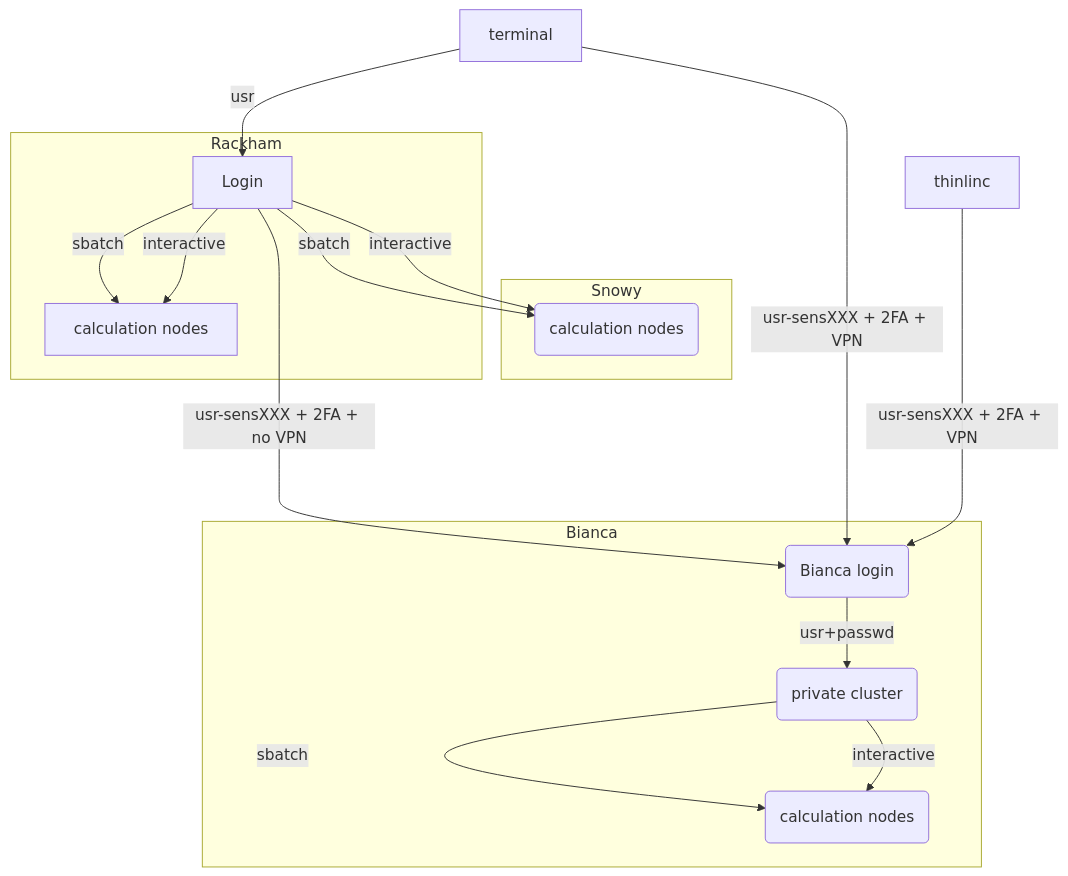
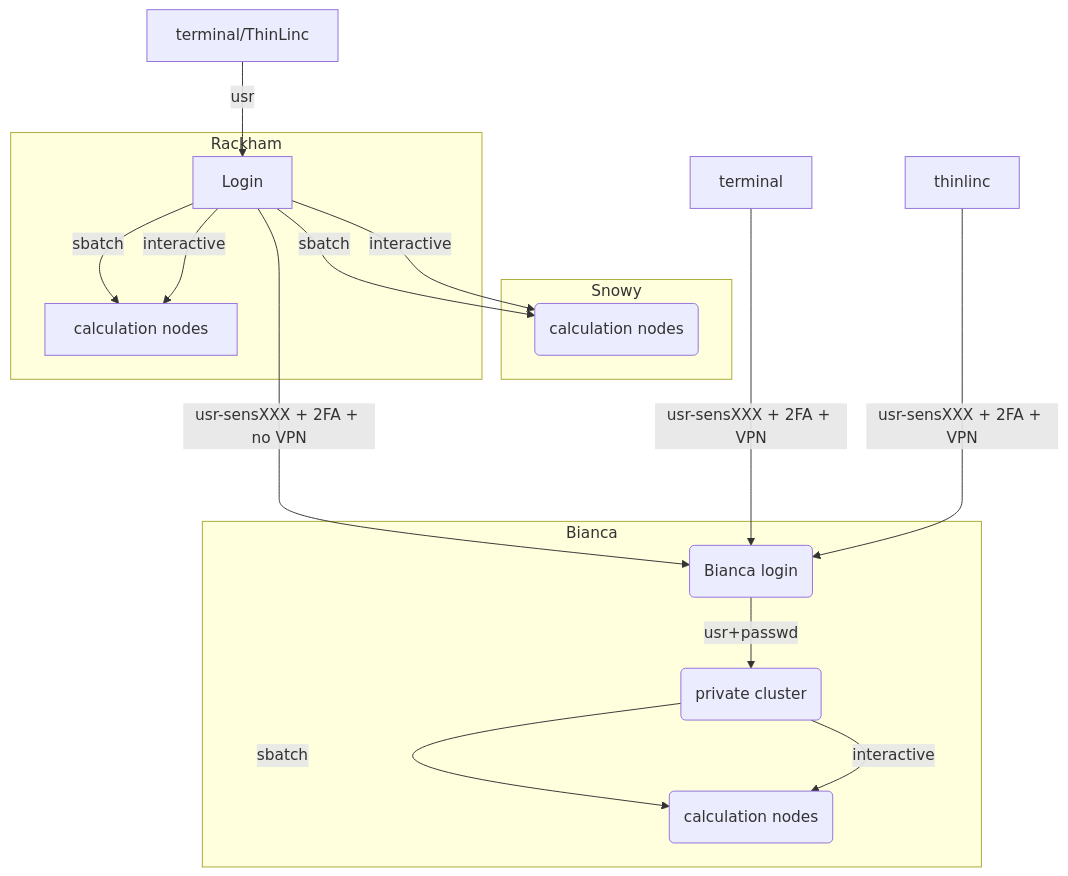
The diagram in docs/mermaid/uppmax2.mmd (UPPMAX/R-python-julia-matlab-HPC), drawn with Mermaid before and after one commit.

```diff
--- a/docs/mermaid/uppmax2.mmd
+++ b/docs/mermaid/uppmax2.mmd
@@ -1,23 +1,23 @@
   graph TB
 
   Node1 -- interactive --> SubGraph2Flow
   Node1 -- sbatch --> SubGraph2Flow
   subgraph "Snowy"
   SubGraph2Flow(calculation nodes) 
         end
 
         thinlinc -- usr-sensXXX + 2FA + VPN ----> SubGraph1Flow
-        terminal -- usr --> Node1
+        terminal/ThinLinc -- usr --> Node1
         terminal -- usr-sensXXX + 2FA + VPN ----> SubGraph1Flow
         Node1 -- usr-sensXXX + 2FA + no VPN ----> SubGraph1Flow
         
         subgraph "Bianca"
         SubGraph1Flow(Bianca login) -- usr+passwd --> private(private cluster)
         private -- interactive --> calcB(calculation nodes)
         private -- sbatch --> calcB
         end
 
         subgraph "Rackham"
         Node1[Login] -- interactive --> Node2[calculation nodes]
         Node1 -- sbatch --> Node2
         end
```
